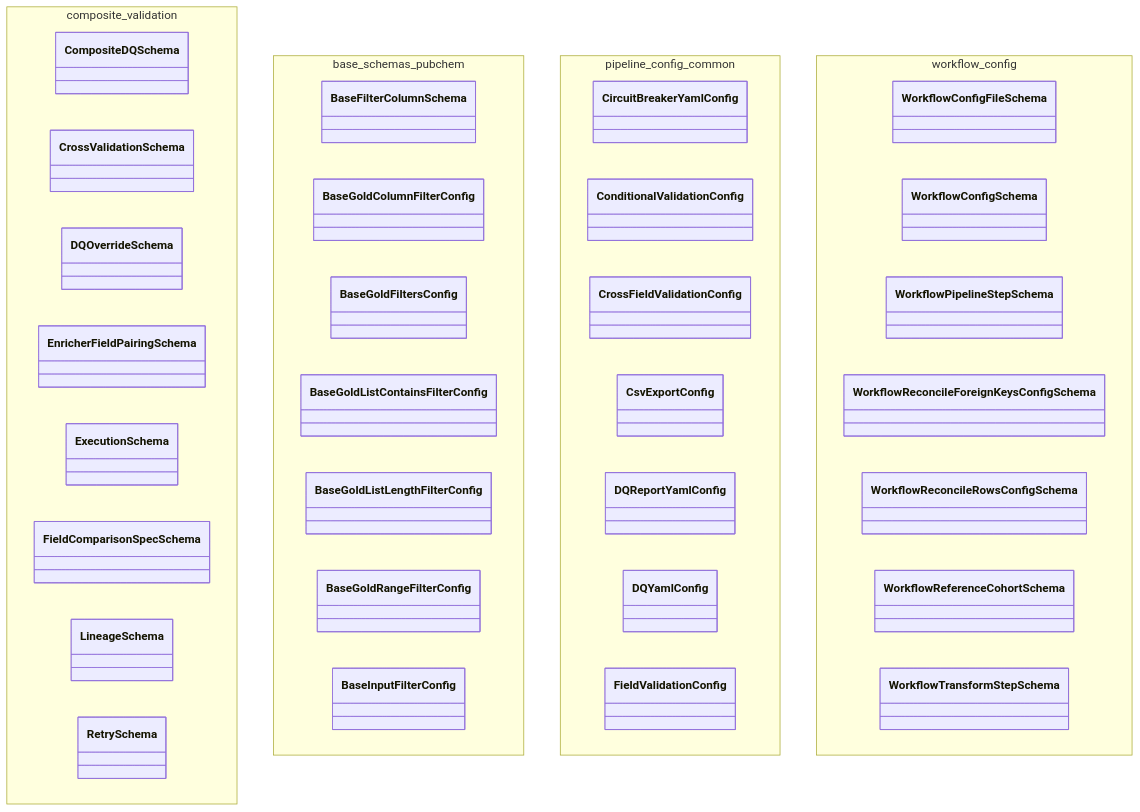
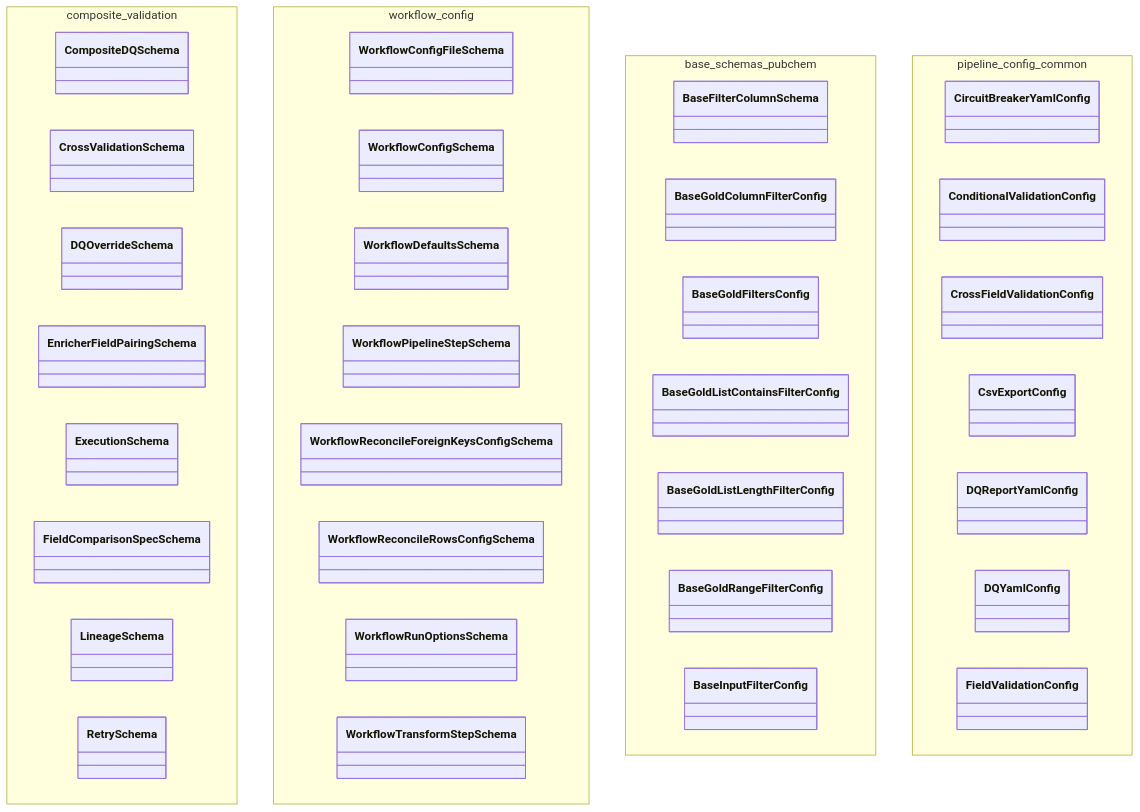
Before and after one commit to SatoryKono/BioactivityDataAcquisition: the diagram in docs/02-architecture/diagrams/class-diagrams/90-pkg-infrastructure-schemas-part2.mmd, drawn with Mermaid. The commit also changed 26 other files, not shown here.

```diff
--- a/docs/02-architecture/diagrams/class-diagrams/90-pkg-infrastructure-schemas-part2.mmd
+++ b/docs/02-architecture/diagrams/class-diagrams/90-pkg-infrastructure-schemas-part2.mmd
@@ -1,51 +1,52 @@
 %% Title: Package Family: infrastructure/schemas (Part 2/4)
-%% Covers: AST-derived supplemental package-family inventory slice for src/bioetl/infrastructure/schemas; part 2/4; modules: composite_validation, base_schemas_pubchem, pipeline_config_common, workflow_config.
+%% Covers: AST-derived supplemental package-family inventory slice for src/bioetl/infrastructure/schemas; part 2/4; modules: composite_validation, workflow_config, base_schemas_pubchem, pipeline_config_common.
 %% Components: top-level classes grouped by source module.
 %% @version 1.0.0
 %% @type    classDiagram
 %% @date    2026-10-04
 %% @level   Package Family / Inventory Slice
-%% @nodes   29
+%% @nodes   30
 %% @reference Generated supplemental package-family slice used to keep node density within the class-diagram readability budget (<= 30).
 classDiagram
 
     namespace composite_validation {
         class CompositeDQSchema
         class CrossValidationSchema
         class DQOverrideSchema
         class EnricherFieldPairingSchema
         class ExecutionSchema
         class FieldComparisonSpecSchema
         class LineageSchema
         class RetrySchema
+    }
+
+    namespace workflow_config {
+        class WorkflowConfigFileSchema
+        class WorkflowConfigSchema
+        class WorkflowDefaultsSchema
+        class WorkflowPipelineStepSchema
+        class WorkflowReconcileForeignKeysConfigSchema
+        class WorkflowReconcileRowsConfigSchema
+        class WorkflowRunOptionsSchema
+        class WorkflowTransformStepSchema
     }
 
     namespace base_schemas_pubchem {
         class BaseFilterColumnSchema
         class BaseGoldColumnFilterConfig
         class BaseGoldFiltersConfig
         class BaseGoldListContainsFilterConfig
         class BaseGoldListLengthFilterConfig
         class BaseGoldRangeFilterConfig
         class BaseInputFilterConfig
     }
 
     namespace pipeline_config_common {
         class CircuitBreakerYamlConfig
         class ConditionalValidationConfig
         class CrossFieldValidationConfig
         class CsvExportConfig
         class DQReportYamlConfig
         class DQYamlConfig
         class FieldValidationConfig
     }
-
-    namespace workflow_config {
-        class WorkflowConfigFileSchema
-        class WorkflowConfigSchema
-        class WorkflowPipelineStepSchema
-        class WorkflowReconcileForeignKeysConfigSchema
-        class WorkflowReconcileRowsConfigSchema
-        class WorkflowReferenceCohortSchema
-        class WorkflowTransformStepSchema
-    }
```
